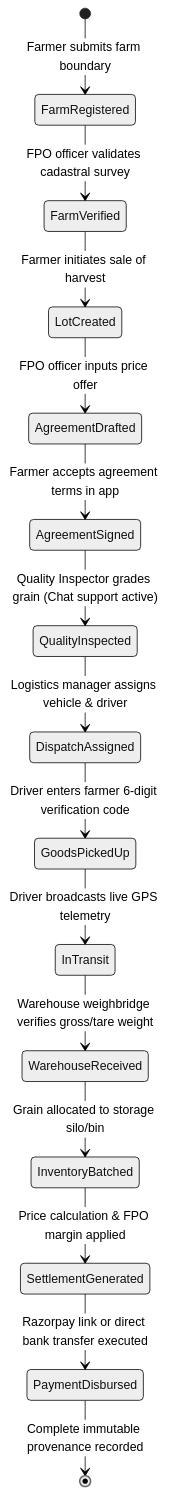
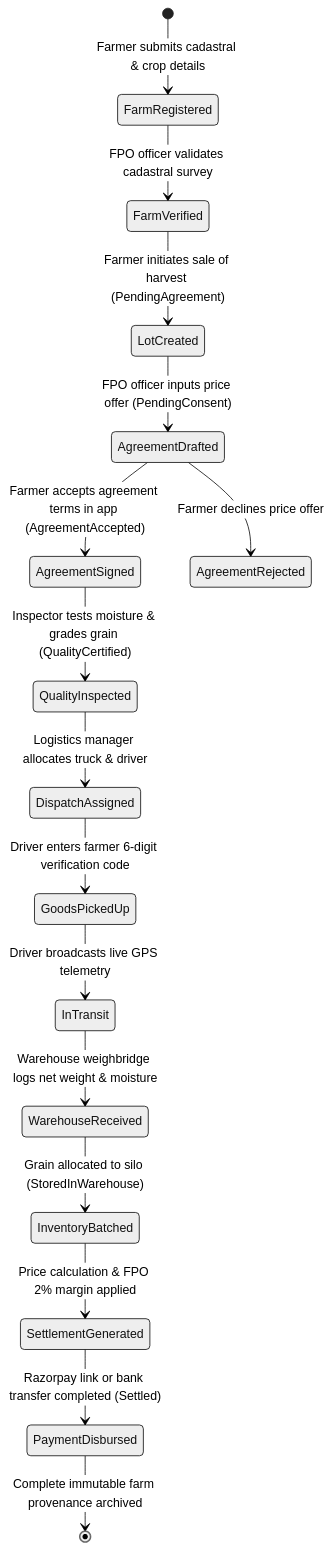
One commit to NutanAhir688/ShreeAnna changed the third of 6 diagrams in docs/DATA_FLOWS.md. Above: the diagram before and after it, drawn with Mermaid (neutral theme). The commit also changed other lines of this file, not shown here.

Commit message:
docs(data-flows): add upstream farmer-fpo and downstream fpo-processor data flow diagrams

````diff
--- a/docs/DATA_FLOWS.md
+++ b/docs/DATA_FLOWS.md
@@ -41,17 +132,18 @@
 ```mermaid
 stateDiagram-v2
-    [*] --> FarmRegistered : Farmer submits farm boundary
+    [*] --> FarmRegistered : Farmer submits cadastral & crop details
     FarmRegistered --> FarmVerified : FPO officer validates cadastral survey
-    FarmVerified --> LotCreated : Farmer initiates sale of harvest
-    LotCreated --> AgreementDrafted : FPO officer inputs price offer
-    AgreementDrafted --> AgreementSigned : Farmer accepts agreement terms in app
-    AgreementSigned --> QualityInspected : Quality Inspector grades grain (Chat support active)
-    QualityInspected --> DispatchAssigned : Logistics manager assigns vehicle & driver
+    FarmVerified --> LotCreated : Farmer initiates sale of harvest (PendingAgreement)
+    LotCreated --> AgreementDrafted : FPO officer inputs price offer (PendingConsent)
+    AgreementDrafted --> AgreementSigned : Farmer accepts agreement terms in app (AgreementAccepted)
+    AgreementDrafted --> AgreementRejected : Farmer declines price offer
+    AgreementSigned --> QualityInspected : Inspector tests moisture & grades grain (QualityCertified)
+    QualityInspected --> DispatchAssigned : Logistics manager allocates truck & driver
     DispatchAssigned --> GoodsPickedUp : Driver enters farmer 6-digit verification code
     GoodsPickedUp --> InTransit : Driver broadcasts live GPS telemetry
-    InTransit --> WarehouseReceived : Warehouse weighbridge verifies gross/tare weight
-    WarehouseReceived --> InventoryBatched : Grain allocated to storage silo/bin
-    InventoryBatched --> SettlementGenerated : Price calculation & FPO margin applied
-    SettlementGenerated --> PaymentDisbursed : Razorpay link or direct bank transfer executed
-    PaymentDisbursed --> [*] : Complete immutable provenance recorded
+    InTransit --> WarehouseReceived : Warehouse weighbridge logs net weight & moisture
+    WarehouseReceived --> InventoryBatched : Grain allocated to silo (StoredInWarehouse)
+    InventoryBatched --> SettlementGenerated : Price calculation & FPO 2% margin applied
+    SettlementGenerated --> PaymentDisbursed : Razorpay link or bank transfer completed (Settled)
+    PaymentDisbursed --> [*] : Complete immutable farm provenance archived
 ```
````
